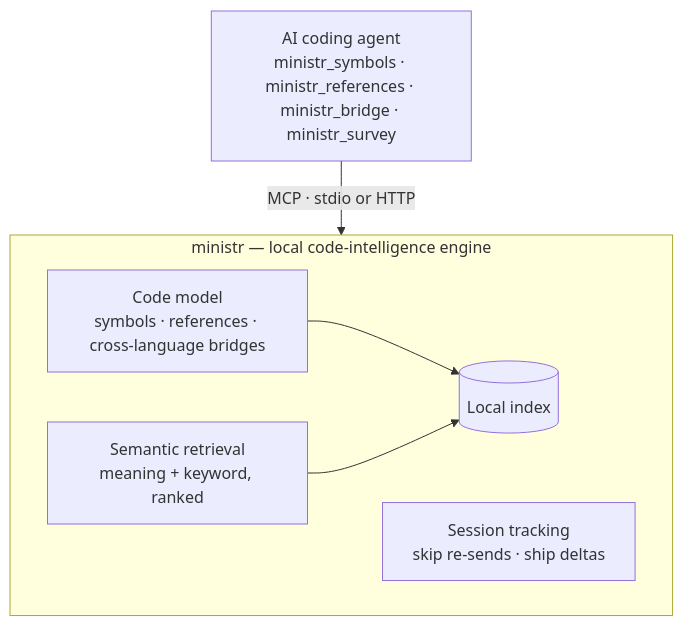
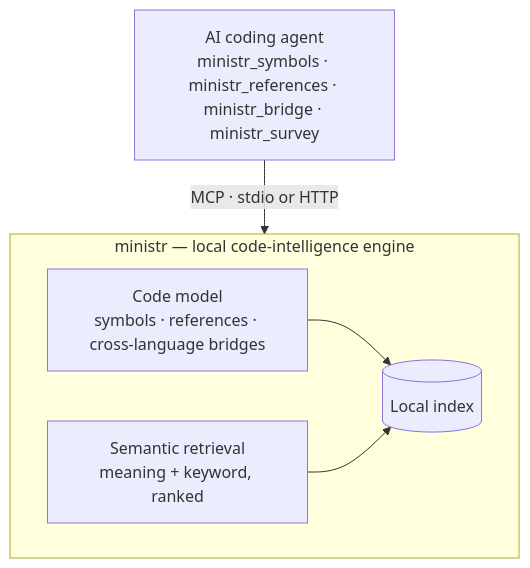
Before and after one commit to OlsonSoftware/ministr: the diagram in docs-next/content/docs/architecture.mdx, drawn with Mermaid. The commit also changed other lines of this file and 20 other files, not shown here.

````diff
--- a/docs-next/content/docs/architecture.mdx
+++ b/docs-next/content/docs/architecture.mdx
@@ -10,15 +10,14 @@
 ```mermaid
 flowchart TB
   agent["AI coding agent<br/>ministr_symbols · ministr_references · ministr_bridge · ministr_survey"]
 
   subgraph engine["ministr — local code-intelligence engine"]
     intel["Code model<br/>symbols · references · cross-language bridges"]
     retr["Semantic retrieval<br/>meaning + keyword, ranked"]
-    sess["Session tracking<br/>skip re-sends · ship deltas"]
     index[("Local index")]
     intel --> index
     retr --> index
   end
 
   agent -->|"MCP · stdio or HTTP"| engine
 ```
````
